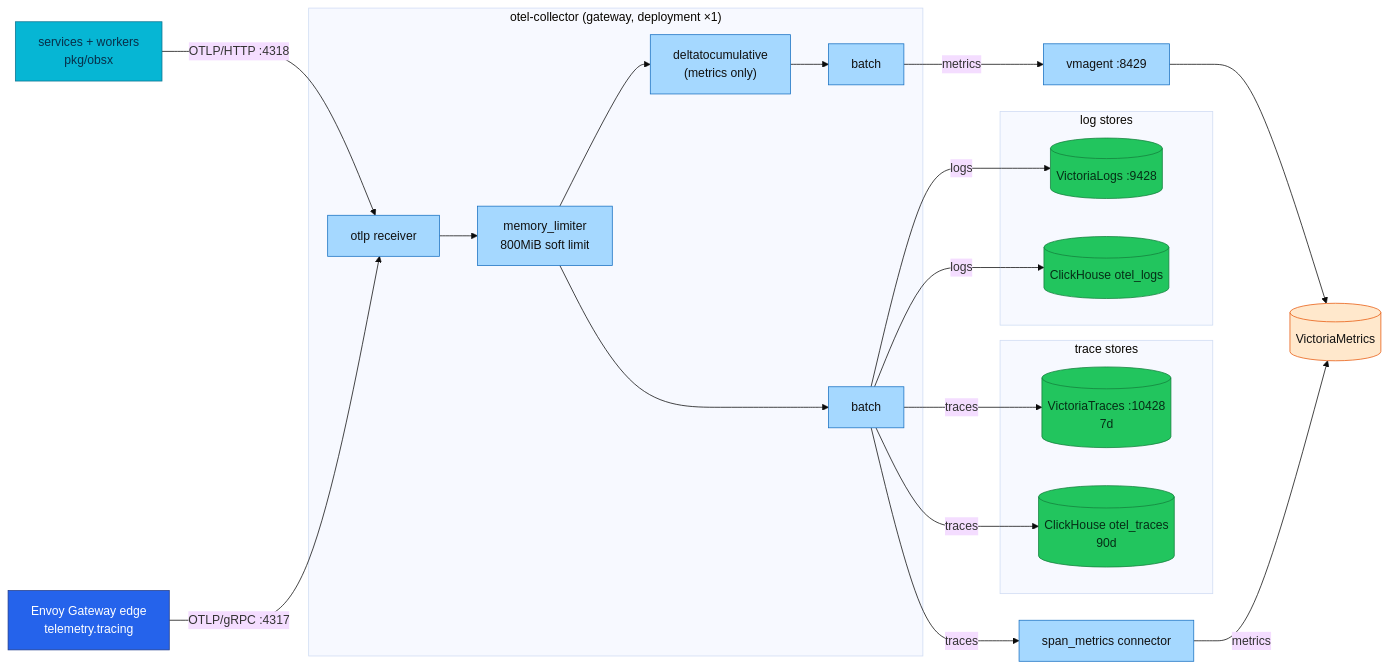
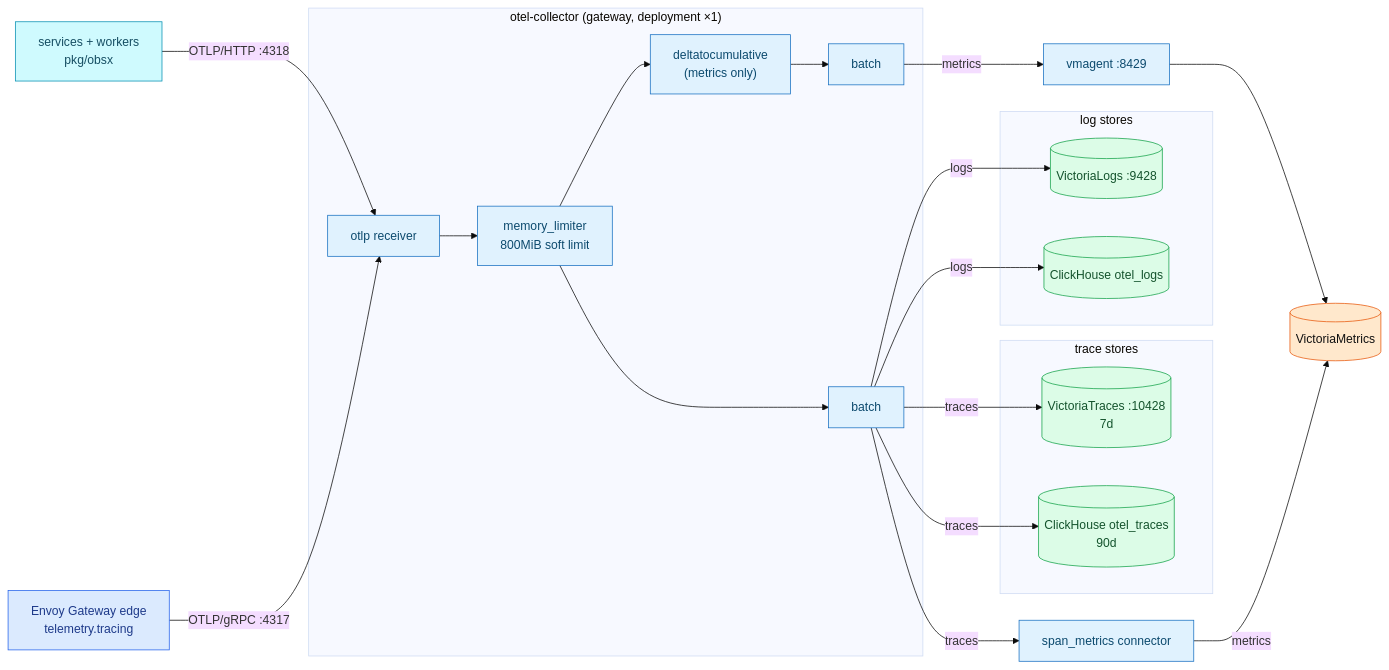
One commit to duynhlab/homelab changed the diagram in docs/observability/opentelemetry/collector.md. Above: the diagram before and after it, drawn with Mermaid (base theme). The commit also changed 174 other files, not shown here.

First line of the commit message:
Soft-tint diagram palette, a signal-flow diagram, a Linux-ready Draw.io skill

````diff
--- a/docs/observability/opentelemetry/collector.md
+++ b/docs/observability/opentelemetry/collector.md
@@ -55,41 +55,41 @@
 ```mermaid
 flowchart LR
     APPS["services + workers<br/>pkg/obsx"] -->|"OTLP/HTTP :4318"| RCV
     EDGE["Envoy Gateway edge<br/>telemetry.tracing"] -->|"OTLP/gRPC :4317"| RCV
 
     subgraph COLLECTOR["otel-collector (gateway, deployment ×1)"]
         RCV["otlp receiver"] --> ML["memory_limiter<br/>800MiB soft limit"]
         ML --> D2C["deltatocumulative<br/>(metrics only)"] --> BM["batch"]
         ML --> BT["batch"]
     end
 
     BM -->|"metrics"| VMA["vmagent :8429"] --> VM[("VictoriaMetrics")]
 
     subgraph LOGSTORES["log stores"]
         VL[("VictoriaLogs :9428")]
         CHL[("ClickHouse otel_logs")]
     end
     subgraph TRACESTORES["trace stores"]
         VT[("VictoriaTraces :10428<br/>7d")]
         CHT[("ClickHouse otel_traces<br/>90d")]
     end
     SM["span_metrics connector"]
 
     BT -->|"logs"| VL
     BT -->|"logs"| CHL
     BT -->|"traces"| VT
     BT -->|"traces"| CHT
     BT -->|"traces"| SM
     SM -->|"metrics"| VM
 
-    classDef service fill:#06b6d4,color:#082f49,stroke:#0e7490;
-    classDef edge fill:#2563eb,color:#fff,stroke:#1e3a8a;
-    classDef collector fill:#a5d8ff,color:#111,stroke:#1971c2;
+    classDef service fill:#cffafe,color:#164e63,stroke:#0891b2;
+    classDef edge fill:#dbeafe,color:#1e3a8a,stroke:#2563eb;
+    classDef collector fill:#e0f2fe,color:#0c4a6e,stroke:#1971c2;
     classDef metric fill:#ffe8cc,color:#111,stroke:#e8590c;
-    classDef data fill:#22c55e,color:#052e16,stroke:#15803d;
+    classDef data fill:#dcfce7,color:#14532d,stroke:#16a34a;
     class APPS service;
     class EDGE edge;
     class RCV,ML,D2C,BM,BT,VMA,SM collector;
     class VM metric;
     class VL,CHL,VT,CHT data;
 ```
````
